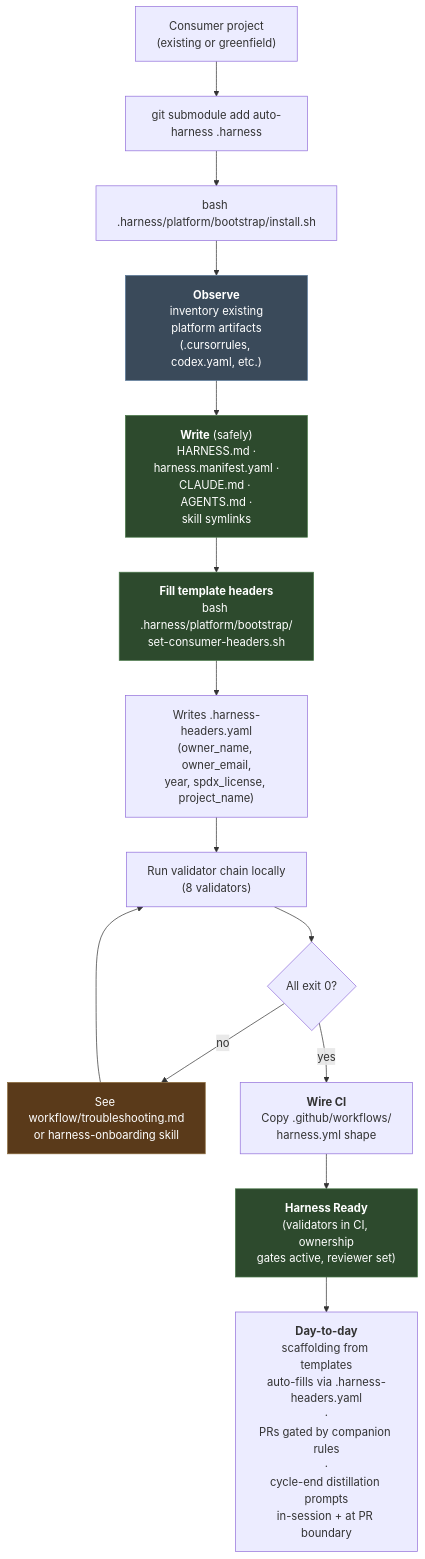
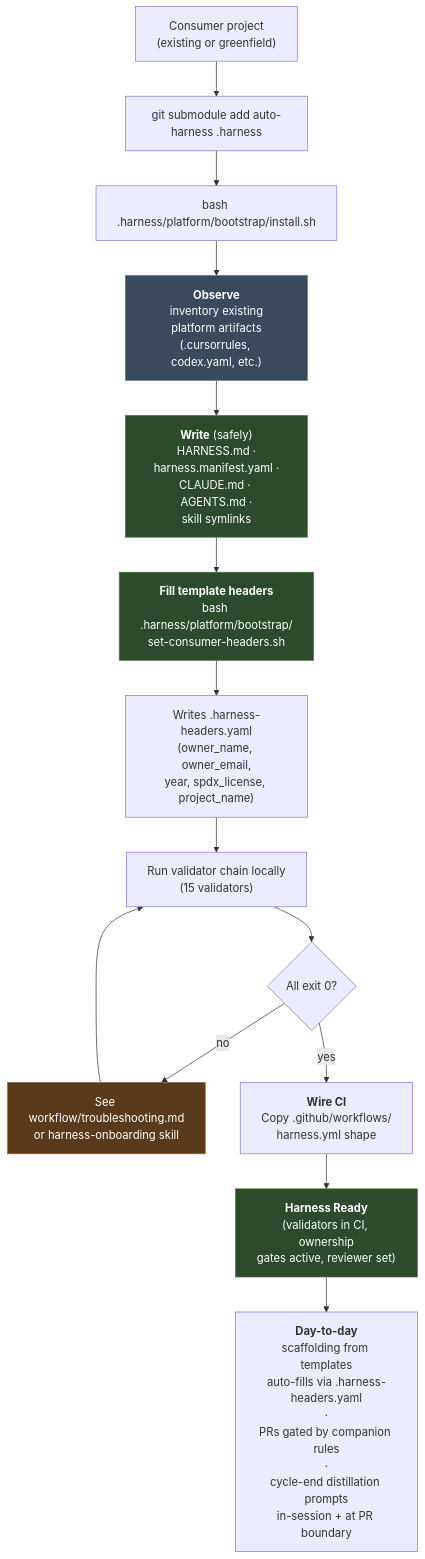
Before and after one commit to drakevonduck/auto-harness: the sixth of 12 diagrams in docs/architecture/diagrams.md, drawn with Mermaid. The commit also changed 7 other files, not shown here.

````diff
--- a/docs/architecture/diagrams.md
+++ b/docs/architecture/diagrams.md
@@ -345,30 +345,30 @@
 ```mermaid
 flowchart TD
     Start["Consumer project<br/>(existing or greenfield)"]
 
     Start --> Submodule["git submodule add auto-harness .harness"]
     Submodule --> Install["bash .harness/platform/bootstrap/install.sh"]
 
     Install --> Observe["<b>Observe</b><br/>inventory existing<br/>platform artifacts<br/>(.cursorrules, codex.yaml, etc.)"]
     Observe --> Write["<b>Write</b> (safely)<br/>HARNESS.md ·<br/>harness.manifest.yaml ·<br/>CLAUDE.md · AGENTS.md ·<br/>skill symlinks"]
 
     Write --> Headers["<b>Fill template headers</b><br/>bash .harness/platform/bootstrap/<br/>set-consumer-headers.sh"]
     Headers --> Config["Writes .harness-headers.yaml<br/>(owner_name, owner_email,<br/>year, spdx_license, project_name)"]
 
-    Config --> Validate["Run validator chain locally<br/>(8 validators)"]
+    Config --> Validate["Run validator chain locally<br/>(15 validators)"]
     Validate --> Pass{"All exit 0?"}
 
     Pass -->|"no"| Troubleshoot["See workflow/troubleshooting.md<br/>or harness-onboarding skill"]
     Troubleshoot --> Validate
 
     Pass -->|"yes"| CI["<b>Wire CI</b><br/>Copy .github/workflows/<br/>harness.yml shape"]
     CI --> Ready["<b>Harness Ready</b><br/>(validators in CI, ownership<br/>gates active, reviewer set)"]
 
     Ready --> Day2["<b>Day-to-day</b><br/>scaffolding from templates<br/>auto-fills via .harness-headers.yaml<br/>·<br/>PRs gated by companion rules<br/>·<br/>cycle-end distillation prompts<br/>in-session + at PR boundary"]
 
     style Observe fill:#3a4a5a,stroke:#5a7a9a,color:#fff
     style Write fill:#2d4a2d,stroke:#4a7a4a,color:#fff
     style Headers fill:#2d4a2d,stroke:#4a7a4a,color:#fff
     style Ready fill:#2d4a2d,stroke:#4a7a4a,color:#fff
     style Troubleshoot fill:#5a3a1a,stroke:#8a6a3a,color:#fff
 ```
````
